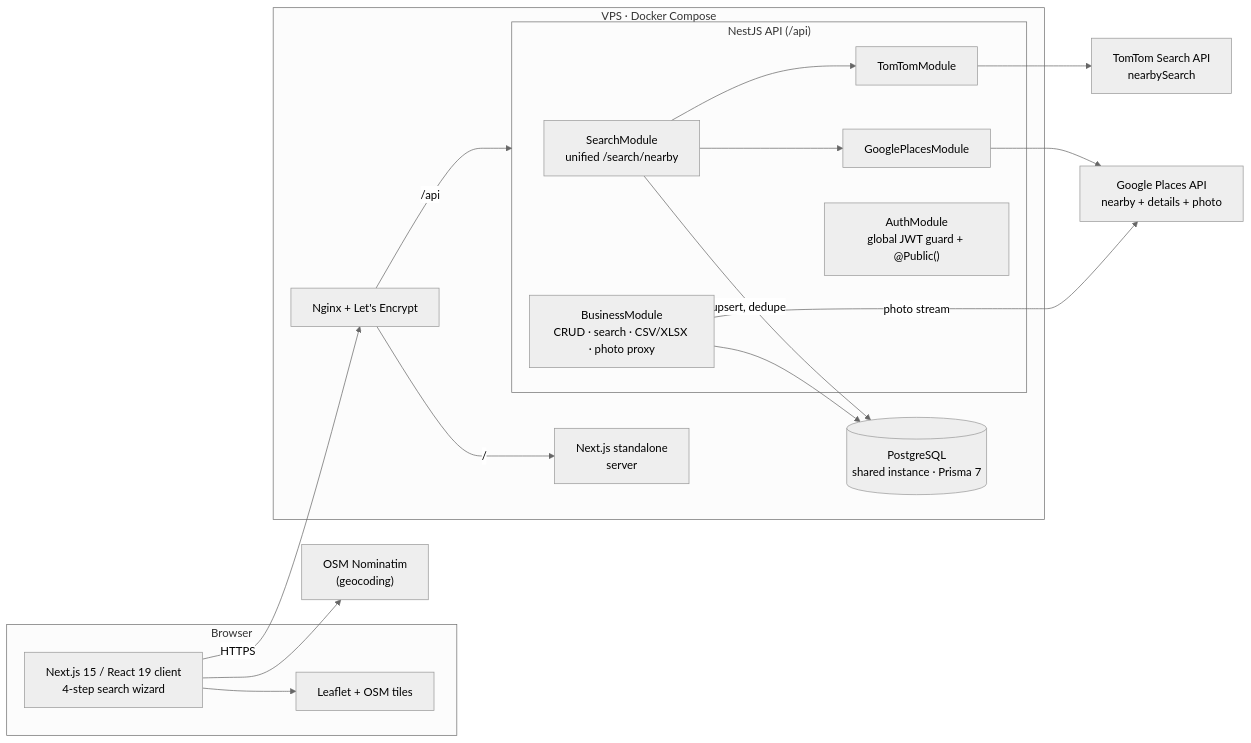
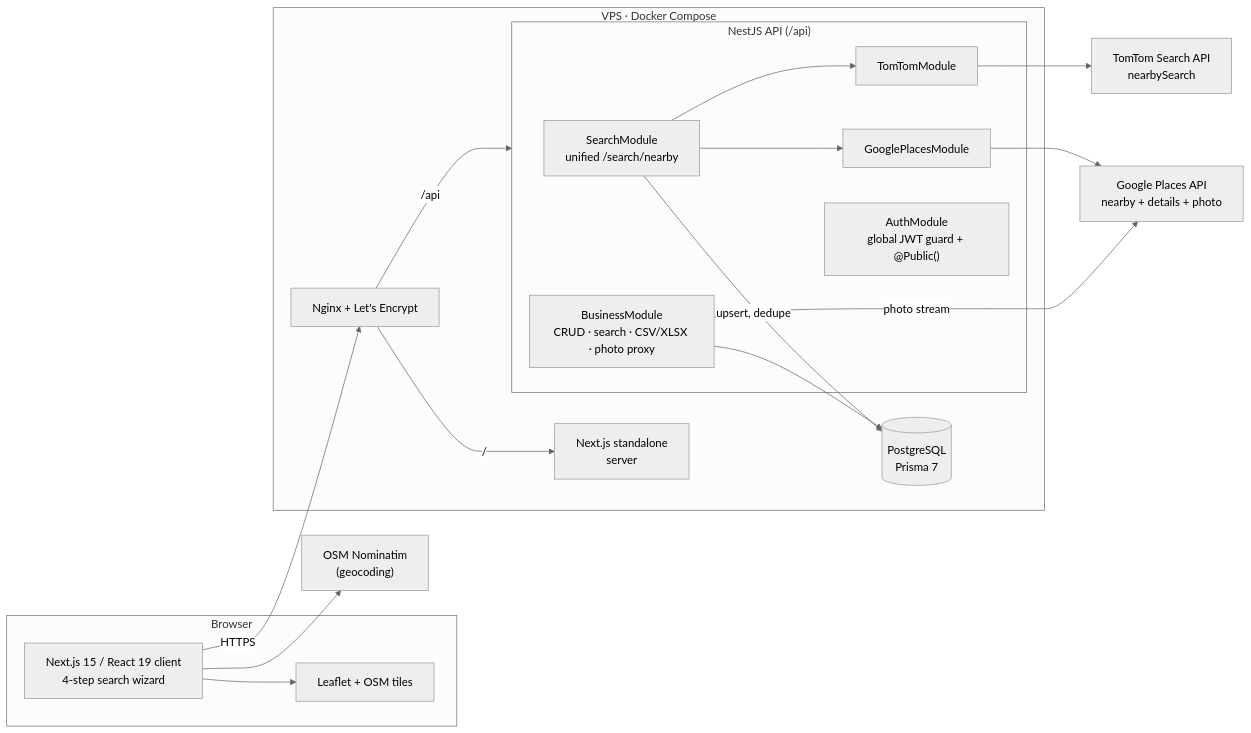
The diagram in README.md (defoibrahim/radiusiq-showcase), drawn with Mermaid (neutral theme) before and after one commit. The commit also changed other lines of this file and 1 other file, not shown here.

````diff
--- a/README.md
+++ b/README.md
@@ -80,35 +80,35 @@
 ```mermaid
 flowchart LR
     subgraph Browser
         UI["Next.js 15 / React 19 client<br/>4-step search wizard"]
         MAP["Leaflet + OSM tiles"]
     end
     NOM["OSM Nominatim<br/>(geocoding)"]
 
     subgraph VPS["VPS · Docker Compose"]
         NGINX["Nginx + Let's Encrypt"]
         FE["Next.js standalone<br/>server"]
         subgraph API["NestJS API (/api)"]
             SEARCH["SearchModule<br/>unified /search/nearby"]
             TT["TomTomModule"]
             GP["GooglePlacesModule"]
             BIZ["BusinessModule<br/>CRUD · search · CSV/XLSX · photo proxy"]
             AUTH["AuthModule<br/>global JWT guard + @Public()"]
         end
-        PG[("PostgreSQL<br/>shared instance · Prisma 7")]
+        PG[("PostgreSQL<br/>Prisma 7")]
     end
 
     TOMTOM["TomTom Search API<br/>nearbySearch"]
     GOOGLE["Google Places API<br/>nearby + details + photo"]
 
     UI --> MAP
     UI --> NOM
     UI -->|HTTPS| NGINX
     NGINX -->|/| FE
     NGINX -->|/api| API
     SEARCH --> TT --> TOMTOM
     SEARCH --> GP --> GOOGLE
     SEARCH -->|upsert, dedupe| PG
     BIZ --> PG
     BIZ -->|photo stream| GOOGLE
 ```
````
